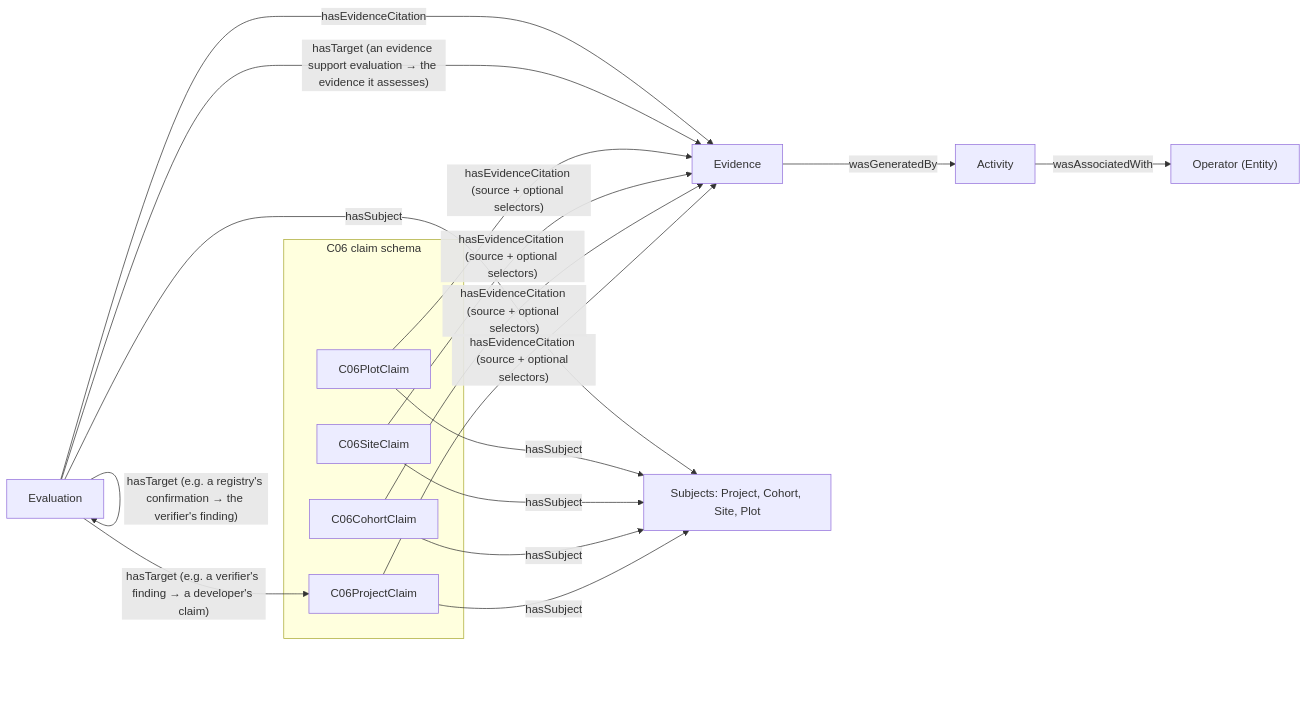
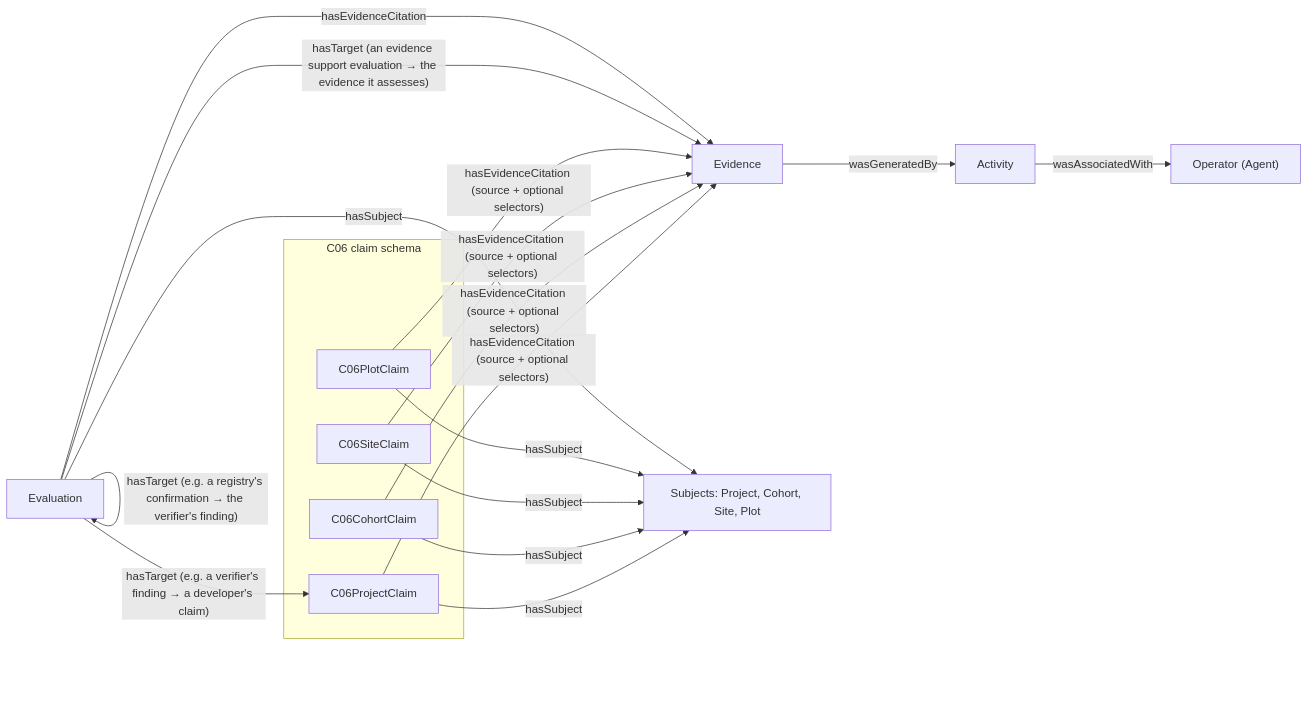
Before and after one commit to regen-network/regen-data-standards: the first of 2 diagrams in docs/evaluation-and-evidence.md, drawn with Mermaid. The commit also changed other lines of this file and 148 other files, not shown here.

````diff
--- a/docs/evaluation-and-evidence.md
+++ b/docs/evaluation-and-evidence.md
@@ -19,24 +19,24 @@
 ```mermaid
 flowchart LR
     subgraph C06["C06 claim schema"]
       PC[C06ProjectClaim]
       CC[C06CohortClaim]
       SC[C06SiteClaim]
       PLC[C06PlotClaim]
     end
     A[Evaluation]
     E[Evidence]
     ACT[Activity]
-    OP["Operator (Entity)"]
+    OP["Operator (Agent)"]
     S["Subjects: Project, Cohort, Site, Plot"]
 
     PC & CC & SC & PLC -- hasSubject --> S
     PC & CC & SC & PLC -- "hasEvidenceCitation (source + optional selectors)" --> E
     A -- "hasTarget (e.g. a verifier's finding → a developer's claim)" --> PC
     A -- "hasTarget (e.g. a registry's confirmation → the verifier's finding)" --> A
     A -- "hasTarget (an evidence support evaluation → the evidence it assesses)" --> E
     A -- hasSubject --> S
     A -- hasEvidenceCitation --> E
     E -- wasGeneratedBy --> ACT
     ACT -- wasAssociatedWith --> OP
 ```
````
